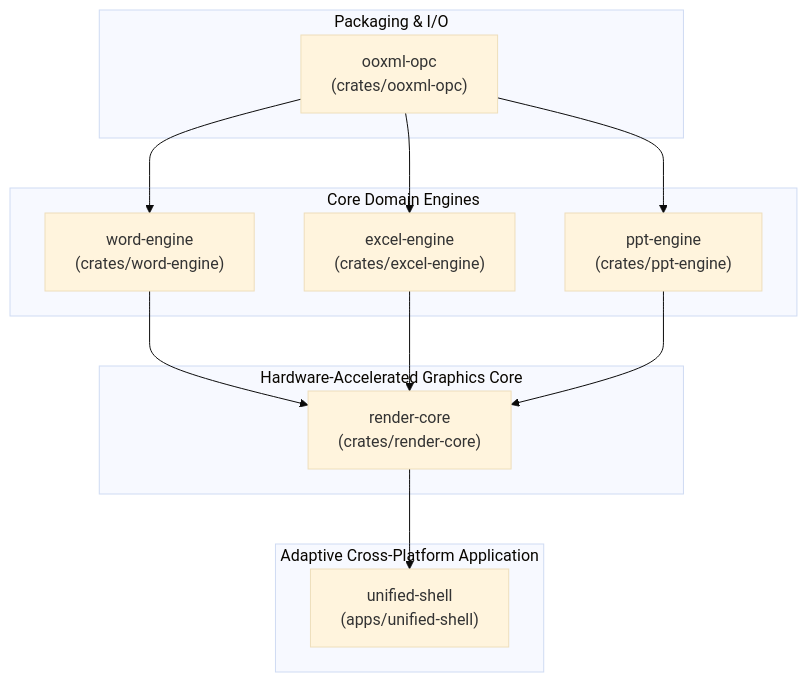
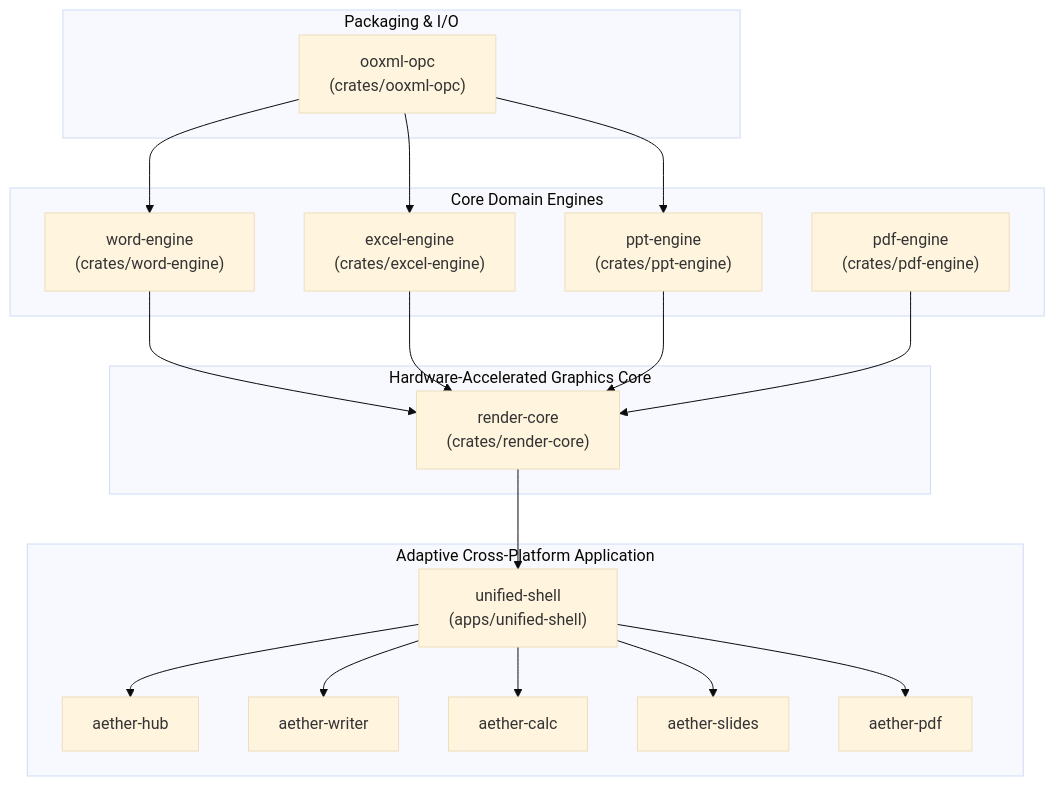
The diagram in README.md (dayashimoga/AetherOffice), drawn with Mermaid (base theme) before and after one commit. The commit also changed other lines of this file, not shown here.

Commit message:
docs: update README with 5-binary architecture, 52 subphases, and v2.0.0 release specs

````diff
--- a/README.md
+++ b/README.md
@@ -25,30 +46,42 @@
 ```mermaid
 flowchart TD
     subgraph Packaging & I/O
         OPC["ooxml-opc<br/>(crates/ooxml-opc)"]
     end
 
     subgraph Core Domain Engines
         WORD["word-engine<br/>(crates/word-engine)"]
         EXCEL["excel-engine<br/>(crates/excel-engine)"]
         PPT["ppt-engine<br/>(crates/ppt-engine)"]
+        PDF["pdf-engine<br/>(crates/pdf-engine)"]
     end
 
     subgraph Hardware-Accelerated Graphics Core
         RENDER["render-core<br/>(crates/render-core)"]
     end
 
     subgraph Adaptive Cross-Platform Application
         SHELL["unified-shell<br/>(apps/unified-shell)"]
+        BIN1["aether-hub"]
+        BIN2["aether-writer"]
+        BIN3["aether-calc"]
+        BIN4["aether-slides"]
+        BIN5["aether-pdf"]
     end
 
     OPC --> WORD
     OPC --> EXCEL
     OPC --> PPT
 
     WORD --> RENDER
     EXCEL --> RENDER
     PPT --> RENDER
+    PDF --> RENDER
 
     RENDER --> SHELL
+    SHELL --> BIN1
+    SHELL --> BIN2
+    SHELL --> BIN3
+    SHELL --> BIN4
+    SHELL --> BIN5
 ```
````
